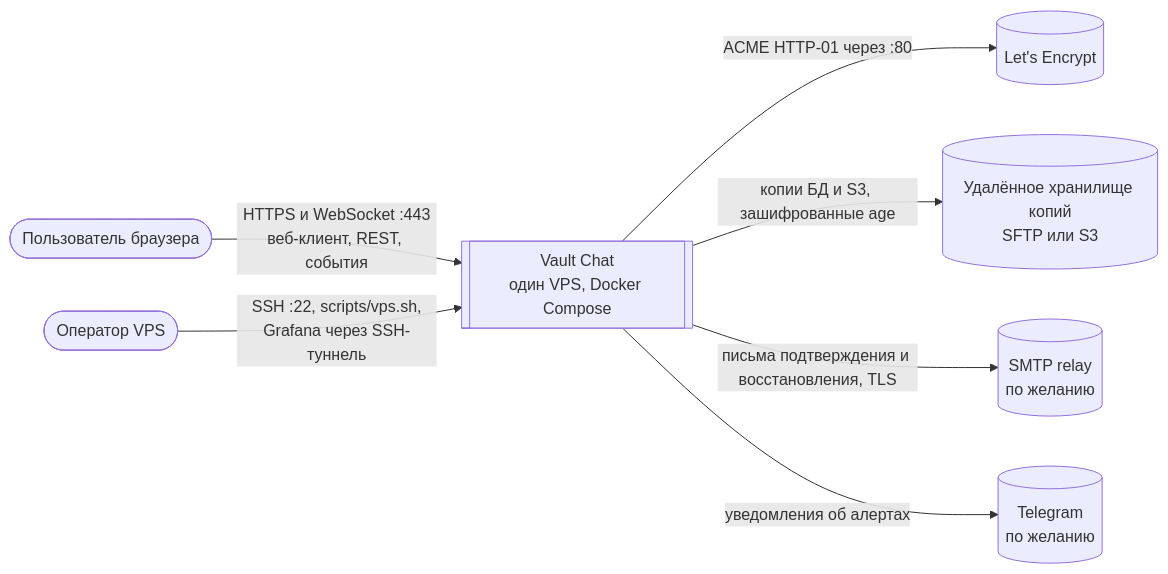
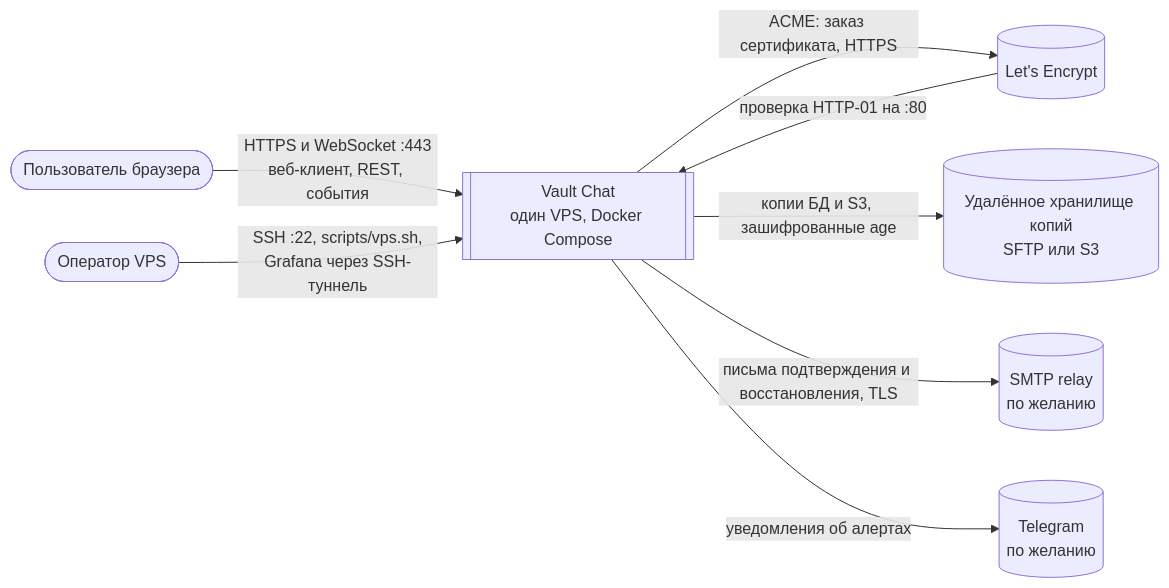
The first of 2 diagrams in docs/c4.md (AlexandrKhromov2005/vault-chat), drawn with Mermaid before and after one commit. The commit also changed other lines of this file and 2 other files, not shown here.

````diff
--- a/docs/c4.md
+++ b/docs/c4.md
@@ -9,17 +9,18 @@
 ```mermaid
 flowchart LR
     user([Пользователь браузера])
     operator([Оператор VPS])
     system[[Vault Chat<br/>один VPS, Docker Compose]]
     acme[(Let's Encrypt)]
     backup[(Удалённое хранилище копий<br/>SFTP или S3)]
     smtp[(SMTP relay<br/>по желанию)]
     telegram[(Telegram<br/>по желанию)]
 
     user -- "HTTPS и WebSocket :443<br/>веб-клиент, REST, события" --> system
     operator -- "SSH :22, scripts/vps.sh,<br/>Grafana через SSH-туннель" --> system
-    system -- "ACME HTTP-01 через :80" --> acme
+    system -- "ACME: заказ сертификата, HTTPS" --> acme
+    acme -- "проверка HTTP-01 на :80" --> system
     system -- "копии БД и S3, зашифрованные age" --> backup
     system -- "письма подтверждения и восстановления, TLS" --> smtp
     system -- "уведомления об алертах" --> telegram
 ```
````
